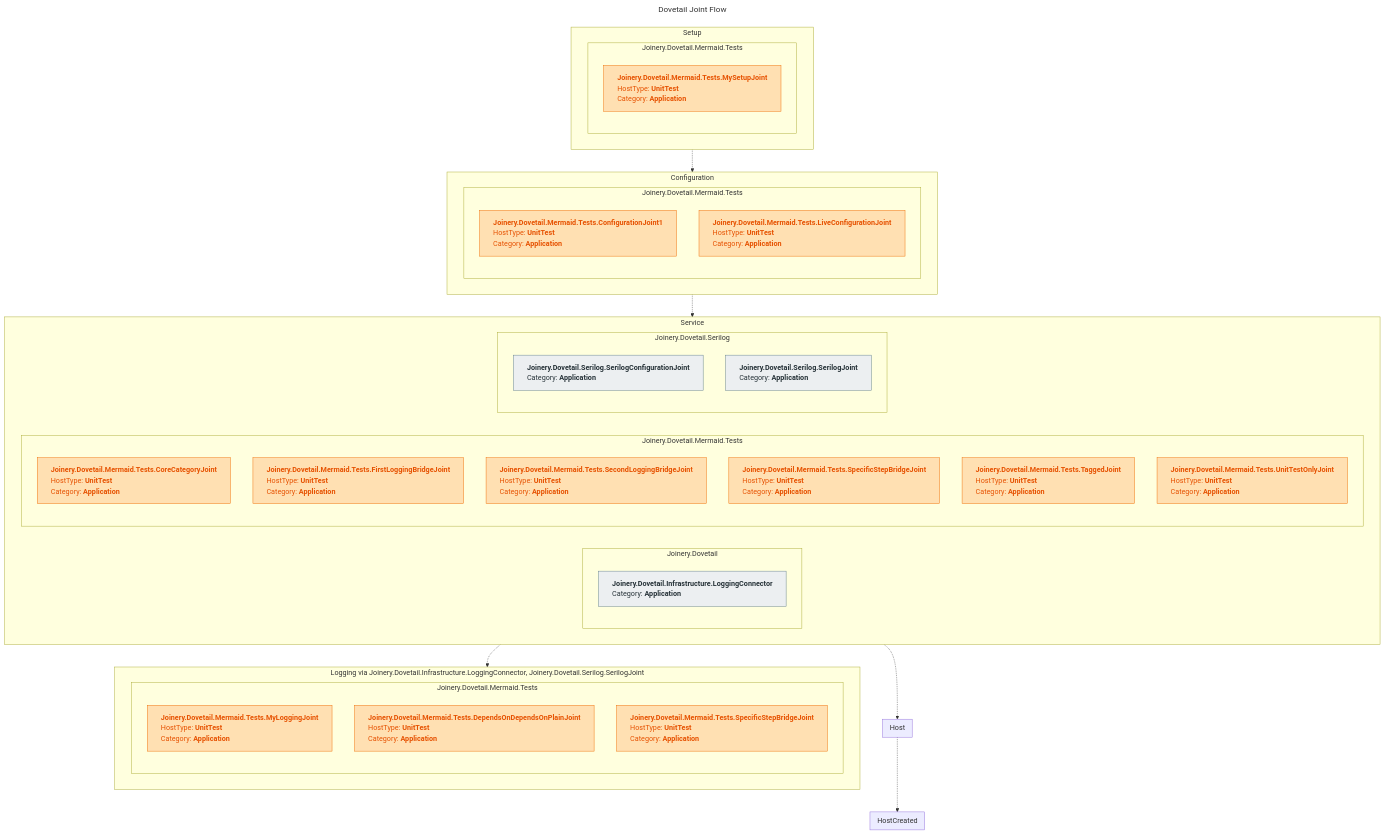
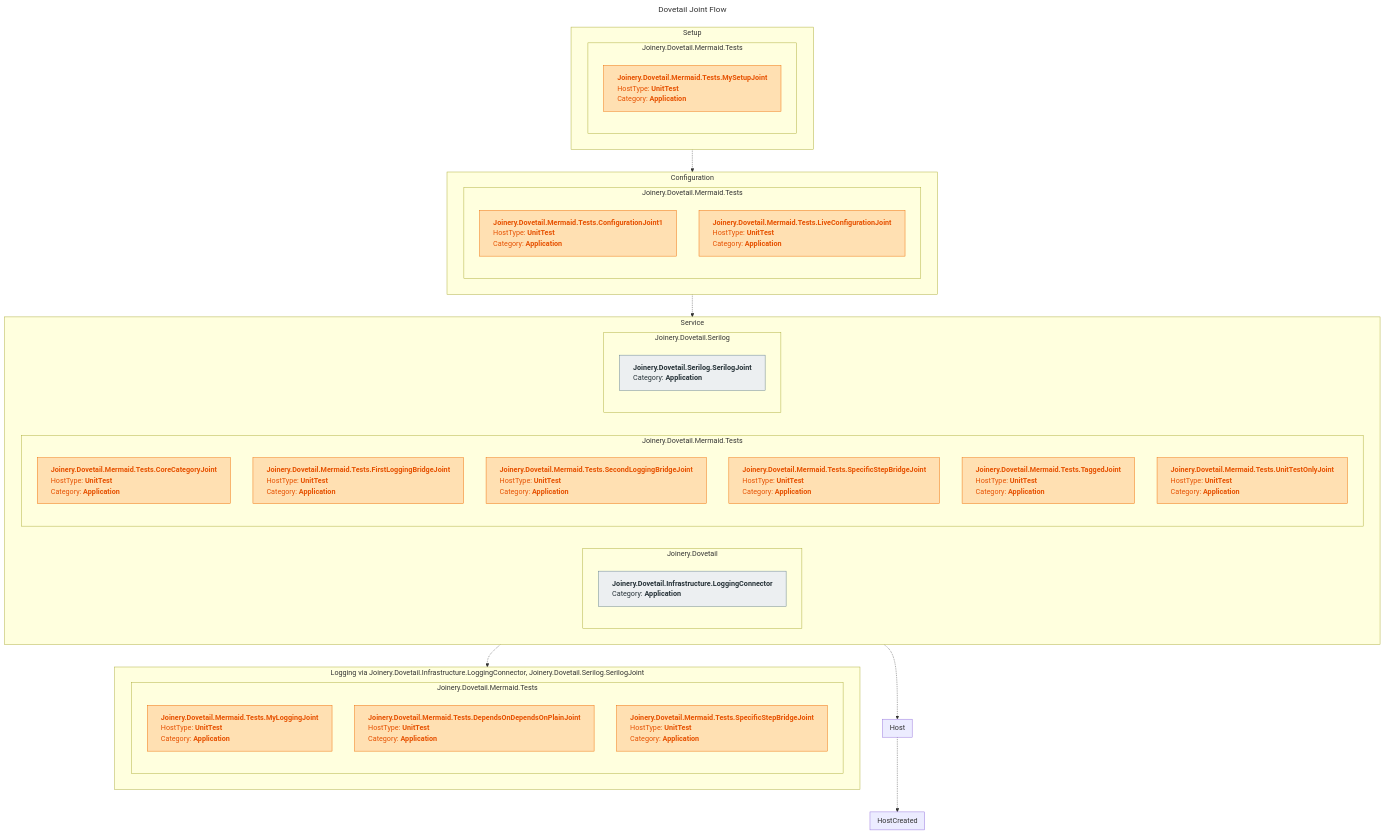
The diagram in test/Joinery.Dovetail.Mermaid.Tests/snapshots/DovetailContextDiagramTests.Should_Render_Default_Flowchart.verified.md (RocketSurgeonsGuild/Dovetail), drawn with Mermaid before and after one commit. The commit also changed 16 other files, not shown here.

````diff
--- a/test/Joinery.Dovetail.Mermaid.Tests/snapshots/DovetailContextDiagramTests.Should_Render_Default_Flowchart.verified.md
+++ b/test/Joinery.Dovetail.Mermaid.Tests/snapshots/DovetailContextDiagramTests.Should_Render_Default_Flowchart.verified.md
@@ -1,74 +1,72 @@
 ```mermaid
 ---
 title: Dovetail Joint Flow
 ---
 flowchart TB
     subgraph sub1 [Setup]
     direction RL
     subgraph sub2 [Joinery.Dovetail.Mermaid.Tests]
     id3["`**Joinery.Dovetail.Mermaid.Tests.MySetupJoint**<br/>HostType: **UnitTest**<br/>Category: **Application**`"]
     end
     end
     subgraph sub6 [Configuration]
     direction RL
     subgraph sub7 [Joinery.Dovetail.Mermaid.Tests]
     id8["`**Joinery.Dovetail.Mermaid.Tests.ConfigurationJoint1**<br/>HostType: **UnitTest**<br/>Category: **Application**`"]
     id9["`**Joinery.Dovetail.Mermaid.Tests.LiveConfigurationJoint**<br/>HostType: **UnitTest**<br/>Category: **Application**`"]
     end
     end
     subgraph sub12 [Service]
     direction RL
     subgraph sub13 [Joinery.Dovetail]
     id14["`**Joinery.Dovetail.Infrastructure.LoggingConnector**<br/>Category: **Application**`"]
     end
     subgraph sub16 [Joinery.Dovetail.Mermaid.Tests]
     id17["`**Joinery.Dovetail.Mermaid.Tests.CoreCategoryJoint**<br/>HostType: **UnitTest**<br/>Category: **Application**`"]
     id18["`**Joinery.Dovetail.Mermaid.Tests.FirstLoggingBridgeJoint**<br/>HostType: **UnitTest**<br/>Category: **Application**`"]
     id19["`**Joinery.Dovetail.Mermaid.Tests.SecondLoggingBridgeJoint**<br/>HostType: **UnitTest**<br/>Category: **Application**`"]
     id20["`**Joinery.Dovetail.Mermaid.Tests.SpecificStepBridgeJoint**<br/>HostType: **UnitTest**<br/>Category: **Application**`"]
     id21["`**Joinery.Dovetail.Mermaid.Tests.TaggedJoint**<br/>HostType: **UnitTest**<br/>Category: **Application**`"]
     id22["`**Joinery.Dovetail.Mermaid.Tests.UnitTestOnlyJoint**<br/>HostType: **UnitTest**<br/>Category: **Application**`"]
     end
     subgraph sub24 [Joinery.Dovetail.Serilog]
-    id25["`**Joinery.Dovetail.Serilog.SerilogConfigurationJoint**<br/>Category: **Application**`"]
-    id26["`**Joinery.Dovetail.Serilog.SerilogJoint**<br/>Category: **Application**`"]
+    id25["`**Joinery.Dovetail.Serilog.SerilogJoint**<br/>Category: **Application**`"]
     end
     end
-    subgraph sub29 [Host]
+    subgraph sub28 [Host]
     direction RL
     end
-    subgraph sub31 [HostCreated]
+    subgraph sub30 [HostCreated]
     direction RL
     end
-    subgraph sub33 [Logging via Joinery.Dovetail.Infrastructure.LoggingConnector, Joinery.Dovetail.Serilog.SerilogJoint]
+    subgraph sub32 [Logging via Joinery.Dovetail.Infrastructure.LoggingConnector, Joinery.Dovetail.Serilog.SerilogJoint]
     direction RL
-    subgraph sub34 [Joinery.Dovetail.Mermaid.Tests]
-    id35["`**Joinery.Dovetail.Mermaid.Tests.MyLoggingJoint**<br/>HostType: **UnitTest**<br/>Category: **Application**`"]
-    id36["`**Joinery.Dovetail.Mermaid.Tests.DependsOnDependsOnPlainJoint**<br/>HostType: **UnitTest**<br/>Category: **Application**`"]
-    id37["`**Joinery.Dovetail.Mermaid.Tests.SpecificStepBridgeJoint**<br/>HostType: **UnitTest**<br/>Category: **Application**`"]
+    subgraph sub33 [Joinery.Dovetail.Mermaid.Tests]
+    id34["`**Joinery.Dovetail.Mermaid.Tests.MyLoggingJoint**<br/>HostType: **UnitTest**<br/>Category: **Application**`"]
+    id35["`**Joinery.Dovetail.Mermaid.Tests.DependsOnDependsOnPlainJoint**<br/>HostType: **UnitTest**<br/>Category: **Application**`"]
+    id36["`**Joinery.Dovetail.Mermaid.Tests.SpecificStepBridgeJoint**<br/>HostType: **UnitTest**<br/>Category: **Application**`"]
     end
     end
     sub6 -.-> sub12
-    sub29 -.-> sub31
-    sub12 -.-> sub29
-    sub12 -.-> sub33
+    sub28 -.-> sub30
+    sub12 -.-> sub28
+    sub12 -.-> sub32
     sub1 -.-> sub6
     classDef hostUndefined text-align:left,fill:#eceff1,stroke:#607d8b,color:#263238
     classDef hostLive text-align:left,fill:#c8e6c9,stroke:#2e7d32,color:#1b5e20
     classDef hostUnitTest text-align:left,fill:#ffe0b2,stroke:#ef6c00,color:#e65100
     class id3 hostUnitTest
     class id8 hostUnitTest
     class id9 hostUnitTest
     class id14 hostUndefined
     class id17 hostUnitTest
     class id18 hostUnitTest
     class id19 hostUnitTest
     class id20 hostUnitTest
     class id21 hostUnitTest
     class id22 hostUnitTest
     class id25 hostUndefined
-    class id26 hostUndefined
+    class id34 hostUnitTest
     class id35 hostUnitTest
     class id36 hostUnitTest
-    class id37 hostUnitTest
 ```
````
